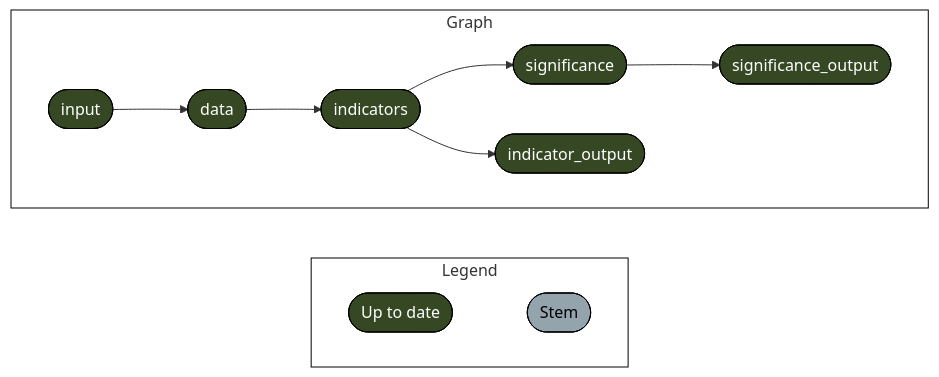
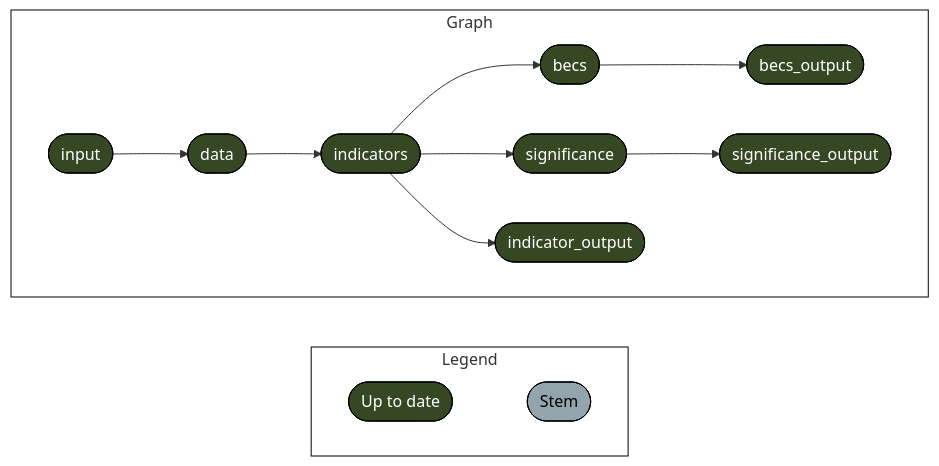
The diagram in README.md (mapme-initiative/disclosure-report), drawn with Mermaid before and after one commit. The commit also changed other lines of this file and 7 other files, not shown here.

````diff
--- a/README.md
+++ b/README.md
@@ -73,20 +80,22 @@
 ``` mermaid
 graph LR
   style Legend fill:#FFFFFF00,stroke:#000000;
   style Graph fill:#FFFFFF00,stroke:#000000;
   subgraph Legend
     direction LR
     xf1522833a4d242c5([""Up to date""]):::uptodate --- xd03d7c7dd2ddda2b([""Stem""]):::none
   end
   subgraph Graph
     direction LR
+    xa7183aa068895b4f(["becs"]):::uptodate --> xb6872e3b6bd85635(["becs_output"]):::uptodate
     xa538c4711b193115(["significance"]):::uptodate --> x21a9e021e2a8eb5c(["significance_output"]):::uptodate
     x148bea66679381e8(["indicators"]):::uptodate --> xa538c4711b193115(["significance"]):::uptodate
     x148bea66679381e8(["indicators"]):::uptodate --> xd7196846cd1935c0(["indicator_output"]):::uptodate
     x9755545176a05140(["data"]):::uptodate --> x148bea66679381e8(["indicators"]):::uptodate
     x2ee4157c3daee3b7(["input"]):::uptodate --> x9755545176a05140(["data"]):::uptodate
+    x148bea66679381e8(["indicators"]):::uptodate --> xa7183aa068895b4f(["becs"]):::uptodate
   end
   classDef uptodate stroke:#000000,color:#ffffff,fill:#354823;
   classDef none stroke:#000000,color:#000000,fill:#94a4ac;
   linkStyle 0 stroke-width:0px;
 ```
````
